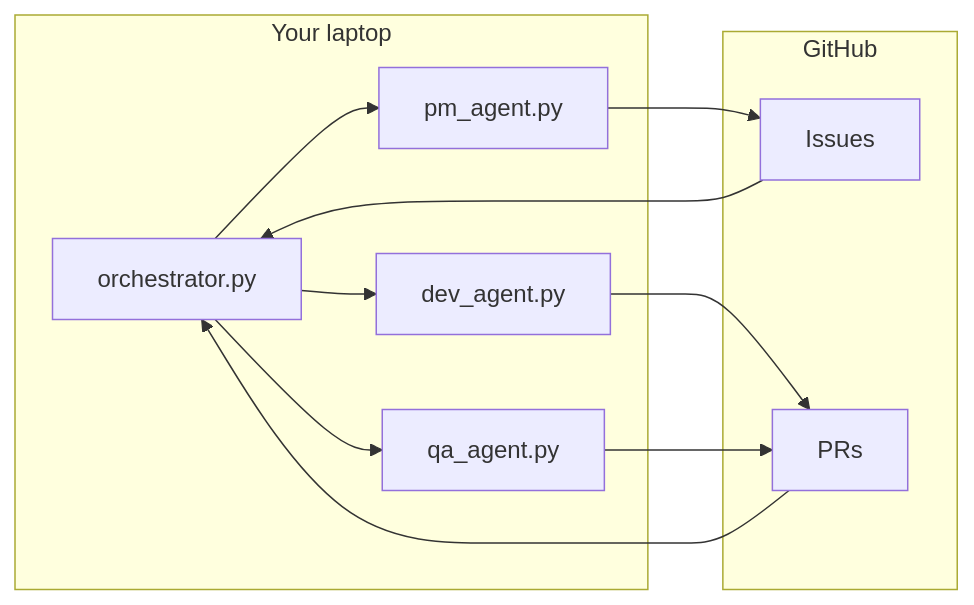
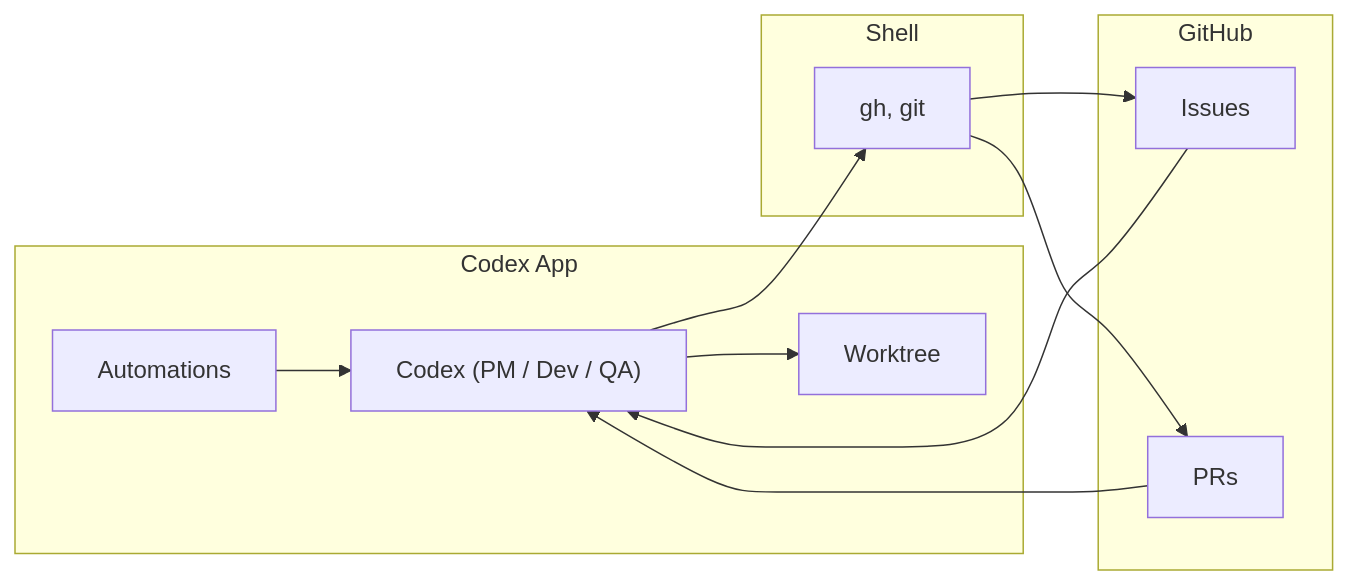
The diagram in plans/github-local-laptop-codex.md (nc1z/autonomous-agent-team-architecture), drawn with Mermaid before and after one commit. The commit also changed other lines of this file, not shown here.

````diff
--- a/plans/github-local-laptop-codex.md
+++ b/plans/github-local-laptop-codex.md
@@ -44,18 +56,22 @@
 ```mermaid
 flowchart LR
-    subgraph Laptop["Your laptop"]
-        Orch["orchestrator.py"]
-        PM["pm_agent.py"]
-        Dev["dev_agent.py"]
-        QA["qa_agent.py"]
+    subgraph App["Codex App"]
+        Auto["Automations"]
+        Codex["Codex (PM / Dev / QA)"]
+        WT["Worktree"]
+    end
+    subgraph Shell["Shell"]
+        gh["gh, git"]
     end
     subgraph GitHub["GitHub"]
         Issues
         PRs
     end
-    Orch --> PM --> Issues
-    Orch --> Dev --> PRs
-    Orch --> QA --> PRs
-    Issues --> Orch
-    PRs --> Orch
+    Auto --> Codex
+    Codex --> WT
+    Codex --> gh
+    gh --> Issues
+    gh --> PRs
+    Issues --> Codex
+    PRs --> Codex
 ```
````
